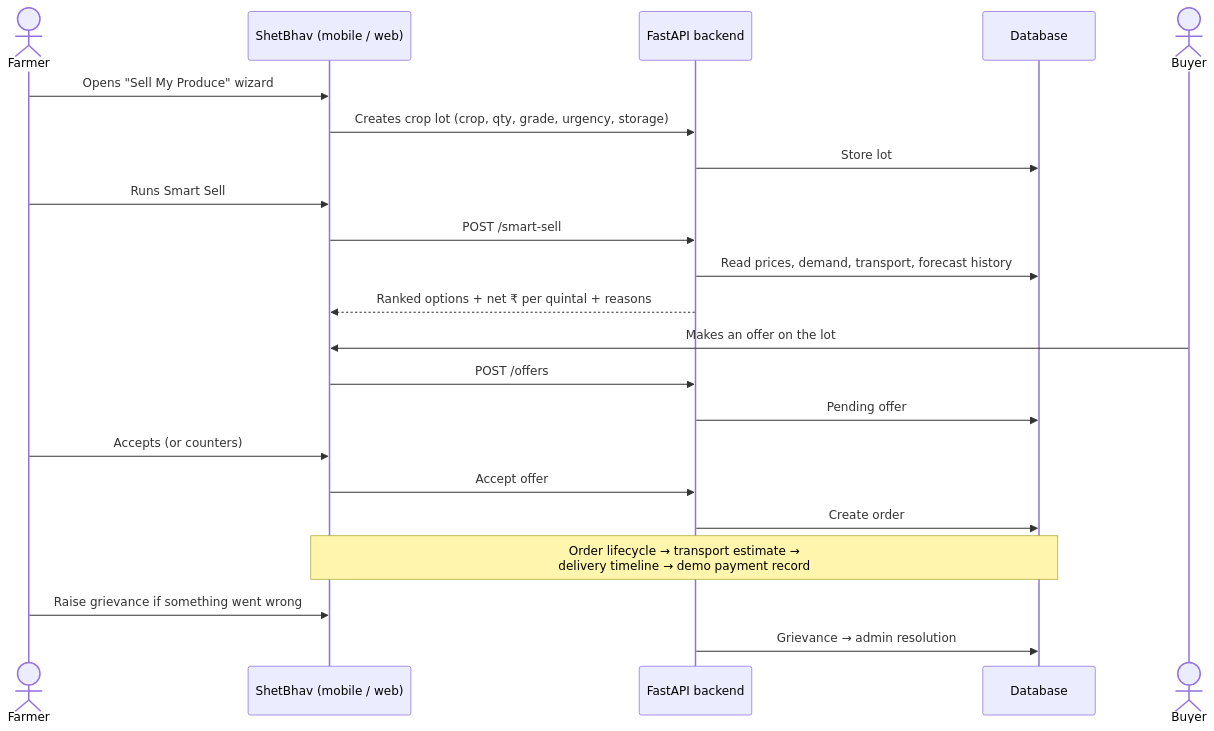
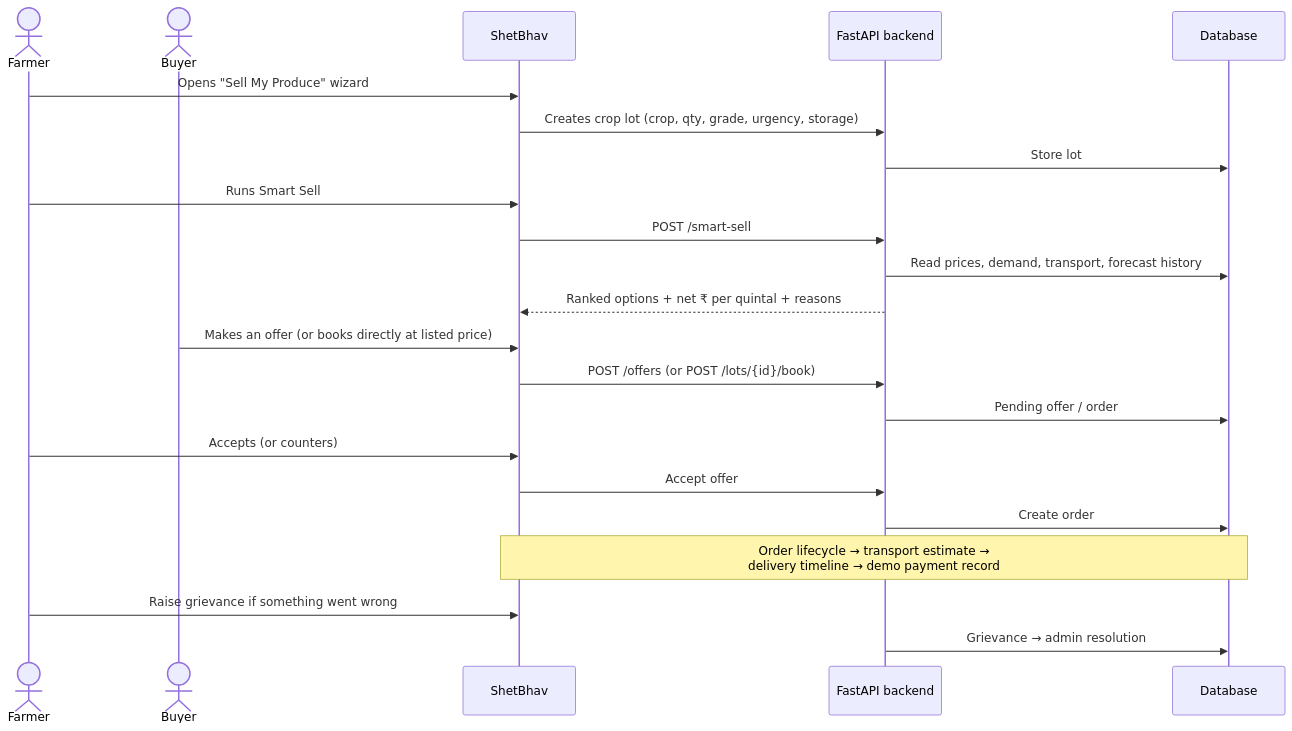
The diagram in README.md (suman2308/market-intelligence-for-farmer), drawn with Mermaid before and after one commit. The commit also changed other lines of this file and 29 other files, not shown here.

````diff
--- a/README.md
+++ b/README.md
@@ -292,30 +209,30 @@
 ```mermaid
 sequenceDiagram
     actor Farmer
-    participant App as ShetBhav (mobile / web)
+    actor Buyer
+    participant App as ShetBhav
     participant API as FastAPI backend
     participant DB as Database
 
     Farmer->>App: Opens "Sell My Produce" wizard
     App->>API: Creates crop lot (crop, qty, grade, urgency, storage)
     API->>DB: Store lot
 
     Farmer->>App: Runs Smart Sell
     App->>API: POST /smart-sell
     API->>DB: Read prices, demand, transport, forecast history
     API-->>App: Ranked options + net ₹ per quintal + reasons
 
-    actor Buyer
-    Buyer->>App: Makes an offer on the lot
-    App->>API: POST /offers
-    API->>DB: Pending offer
+    Buyer->>App: Makes an offer (or books directly at listed price)
+    App->>API: POST /offers (or POST /lots/{id}/book)
+    API->>DB: Pending offer / order
 
     Farmer->>App: Accepts (or counters)
     App->>API: Accept offer
     API->>DB: Create order
 
     Note over App, DB: Order lifecycle → transport estimate →<br/>delivery timeline → demo payment record
 
     Farmer->>App: Raise grievance if something went wrong
     API->>DB: Grievance → admin resolution
 ```
````
